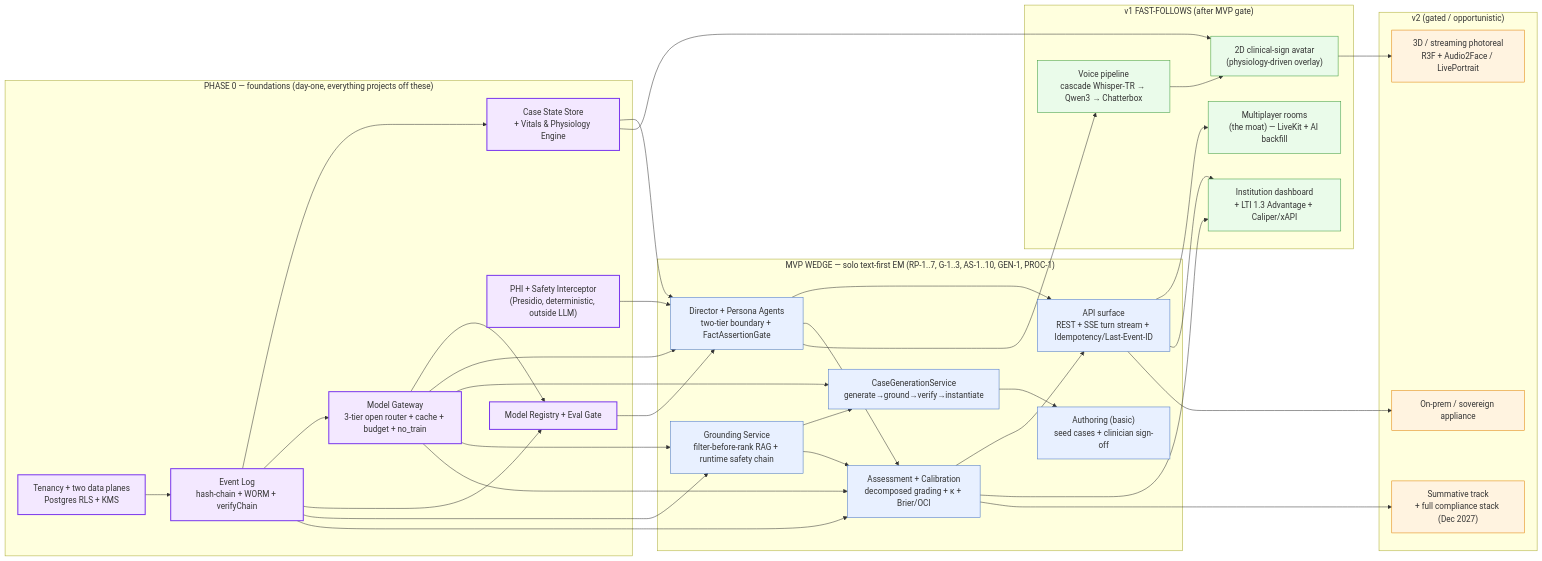
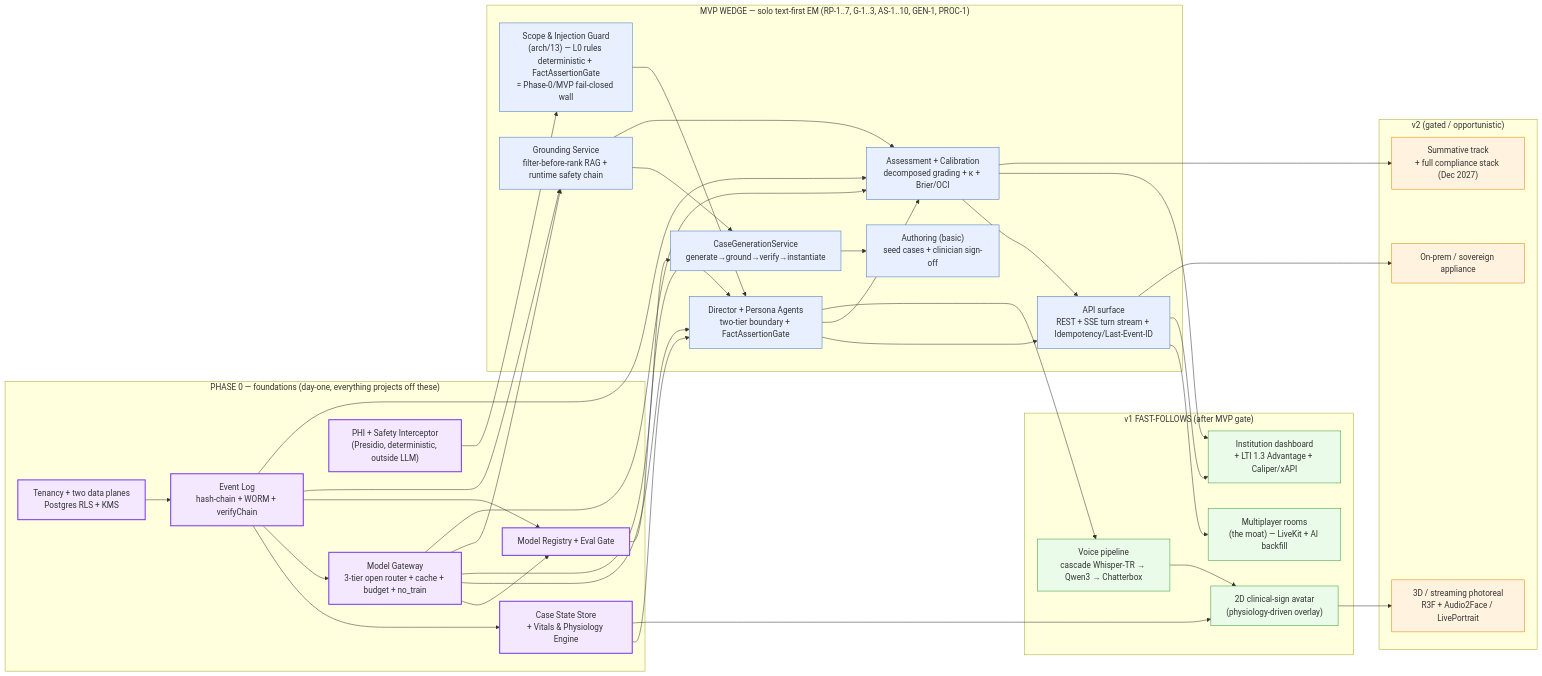
Before and after one commit to ArioMoniri/acudx-simulation: the diagram in docs/build/01-full-integration-plan.md, drawn with Mermaid. The commit also changed other lines of this file and 1 other file, not shown here.

````diff
--- a/docs/build/01-full-integration-plan.md
+++ b/docs/build/01-full-integration-plan.md
@@ -55,69 +68,71 @@
 ```mermaid
 flowchart LR
   subgraph P0["PHASE 0 — foundations (day-one, everything projects off these)"]
     EL["Event Log<br/>hash-chain + WORM + verifyChain"]
     MGW["Model Gateway<br/>3-tier open router + cache + budget + no_train"]
     CSS["Case State Store<br/>+ Vitals & Physiology Engine"]
     PHI["PHI + Safety Interceptor<br/>(Presidio, deterministic, outside LLM)"]
     REG["Model Registry + Eval Gate"]
     TEN["Tenancy + two data planes<br/>Postgres RLS + KMS"]
   end
   subgraph MVP["MVP WEDGE — solo text-first EM (RP-1..7, G-1..3, AS-1..10, GEN-1, PROC-1)"]
     RO["Director + Persona Agents<br/>two-tier boundary + FactAssertionGate"]
+    SG["Scope & Injection Guard<br/>(arch/13) — L0 rules deterministic + FactAssertionGate<br/>= Phase-0/MVP fail-closed wall"]
     GEN["CaseGenerationService<br/>generate→ground→verify→instantiate"]
     GS["Grounding Service<br/>filter-before-rank RAG + runtime safety chain"]
     AS["Assessment + Calibration<br/>decomposed grading + κ + Brier/OCI"]
     API["API surface<br/>REST + SSE turn stream + Idempotency/Last-Event-ID"]
     AU["Authoring (basic)<br/>seed cases + clinician sign-off"]
   end
   subgraph V1["v1 FAST-FOLLOWS (after MVP gate)"]
     ROOM["Multiplayer rooms<br/>(the moat) — LiveKit + AI backfill"]
     VOICE["Voice pipeline<br/>cascade Whisper-TR → Qwen3 → Chatterbox"]
     INST["Institution dashboard<br/>+ LTI 1.3 Advantage + Caliper/xAPI"]
     AV["2D clinical-sign avatar<br/>(physiology-driven overlay)"]
   end
   subgraph V2["v2 (gated / opportunistic)"]
     SUMM["Summative track<br/>+ full compliance stack (Dec 2027)"]
     AV3["3D / streaming photoreal<br/>R3F + Audio2Face / LivePortrait"]
     APPL["On-prem / sovereign appliance"]
   end
 
   EL --> CSS
   EL --> MGW
   EL --> REG
   MGW --> REG
   TEN --> EL
   CSS --> RO
   MGW --> RO
   REG --> RO
-  PHI --> RO
+  PHI --> SG
+  SG --> RO
   MGW --> GEN
   GS --> GEN
   RO --> API
   EL --> GS
   MGW --> GS
   GS --> AS
   EL --> AS
   MGW --> AS
   RO --> AS
   GEN --> AU
   AS --> API
   API --> ROOM
   RO --> VOICE
   AS --> INST
   API --> INST
   CSS --> AV
   VOICE --> AV
   AS --> SUMM
   AV --> AV3
   API --> APPL
 
   classDef found fill:#f3e8ff,stroke:#7c3aed,stroke-width:2px;
   classDef mvp fill:#e8f0ff,stroke:#4472c4;
   classDef fast fill:#eafbea,stroke:#3a9a3a;
   classDef late fill:#fff3e0,stroke:#e08000;
   class EL,MGW,CSS,PHI,REG,TEN found;
-  class RO,GEN,GS,AS,API,AU mvp;
+  class RO,SG,GEN,GS,AS,API,AU mvp;
   class ROOM,VOICE,INST,AV fast;
   class SUMM,AV3,APPL late;
 ```
````
